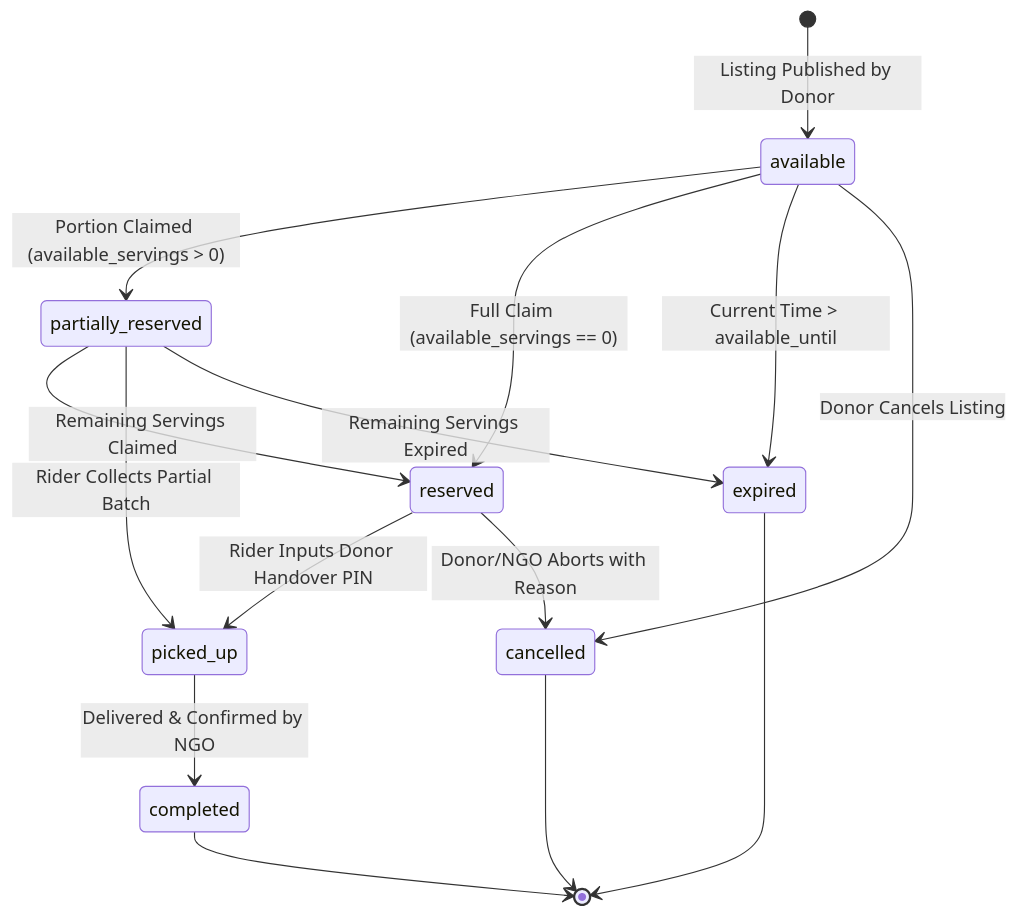
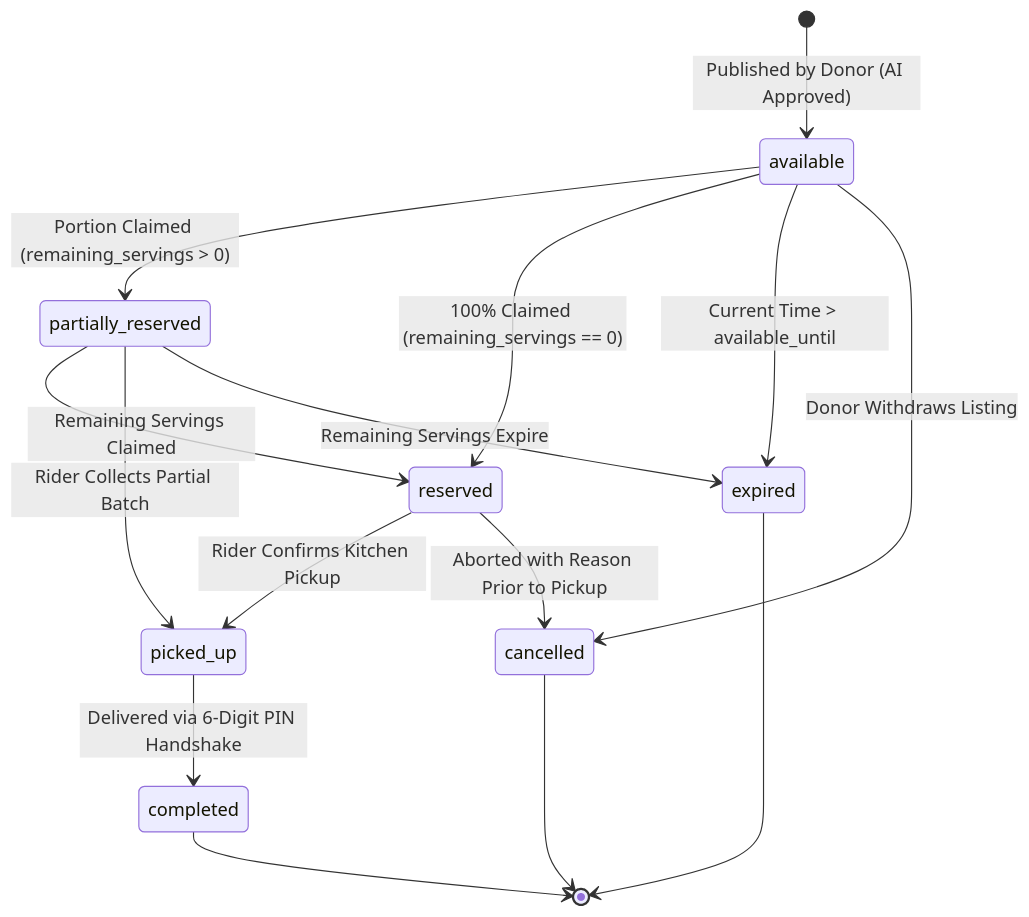
Before and after one commit to rohillanikhlesh2510/Sharebite---Food-rescuing-app: the seventh of 11 diagrams in docs/WORKFLOW_DIAGRAM.md, drawn with Mermaid. The commit also changed other lines of this file, not shown here.

Commit message:
docs(workflows): upgrade visual lifecycle diagrams, offline PWA sync, and FSSAI organoleptic decision flows

````diff
--- a/docs/WORKFLOW_DIAGRAM.md
+++ b/docs/WORKFLOW_DIAGRAM.md
@@ -282,22 +274,22 @@
 ```mermaid
 stateDiagram-v2
-    [*] --> available: Listing Published by Donor
+    [*] --> available: Published by Donor (AI Approved)
 
-    available --> partially_reserved: Portion Claimed (available_servings > 0)
-    available --> reserved: Full Claim (available_servings == 0)
+    available --> partially_reserved: Portion Claimed (remaining_servings > 0)
+    available --> reserved: 100% Claimed (remaining_servings == 0)
     available --> expired: Current Time > available_until
-    available --> cancelled: Donor Cancels Listing
+    available --> cancelled: Donor Withdraws Listing
 
     partially_reserved --> reserved: Remaining Servings Claimed
     partially_reserved --> picked_up: Rider Collects Partial Batch
-    partially_reserved --> expired: Remaining Servings Expired
+    partially_reserved --> expired: Remaining Servings Expire
 
-    reserved --> picked_up: Rider Inputs Donor Handover PIN
-    reserved --> cancelled: Donor/NGO Aborts with Reason
+    reserved --> picked_up: Rider Confirms Kitchen Pickup
+    reserved --> cancelled: Aborted with Reason Prior to Pickup
 
-    picked_up --> completed: Delivered & Confirmed by NGO
+    picked_up --> completed: Delivered via 6-Digit PIN Handshake
 
     completed --> [*]
     expired --> [*]
     cancelled --> [*]
 ```
````
